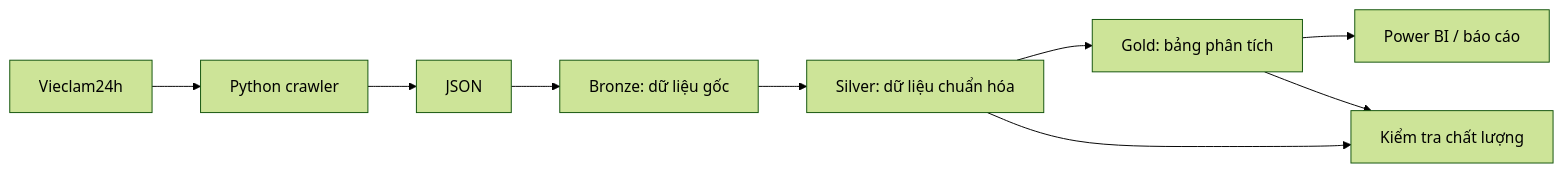
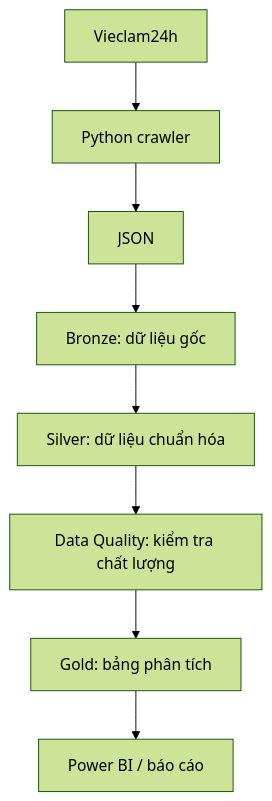
One commit to lmquan2005/Job_market_analysticss changed the diagram in README.md. Above: the diagram before and after it, drawn with Mermaid (forest theme). The commit also changed other lines of this file, not shown here.

````diff
--- a/README.md
+++ b/README.md
@@ -28,11 +28,10 @@
 ```mermaid
-flowchart LR
+flowchart TD
     A[Vieclam24h] --> B[Python crawler]
     B --> C[JSON]
     C --> D[Bronze: dữ liệu gốc]
     D --> E[Silver: dữ liệu chuẩn hóa]
-    E --> F[Gold: bảng phân tích]
+    E --> H[Data Quality: kiểm tra chất lượng]
+    H --> F[Gold: bảng phân tích]
     F --> G[Power BI / báo cáo]
-    E --> H[Kiểm tra chất lượng]
-    F --> H
 ```
````
